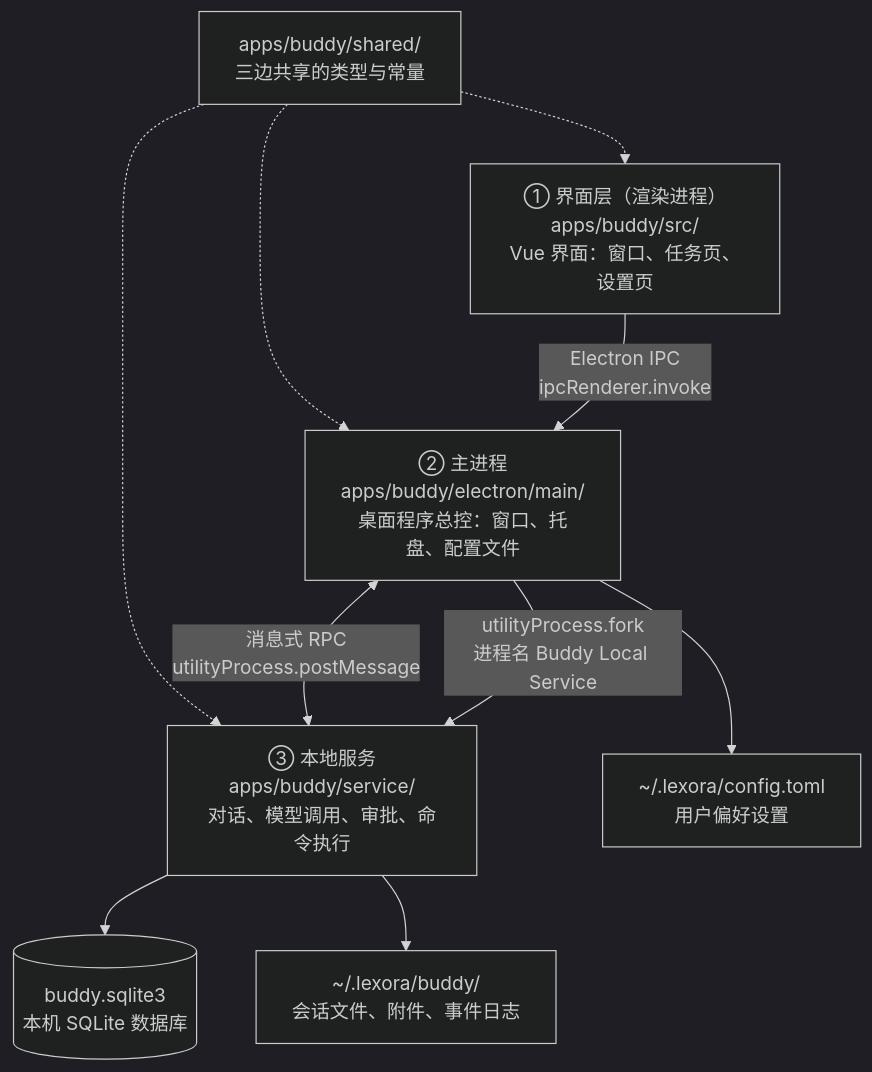
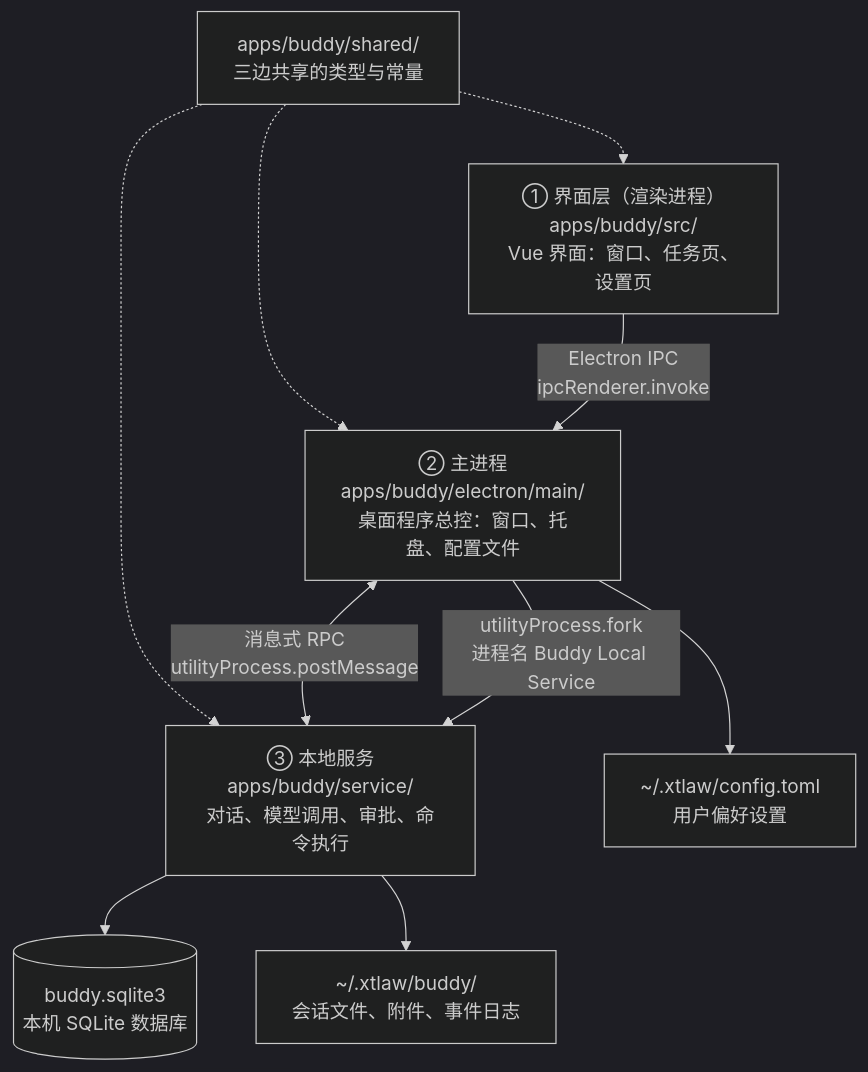
The first of 4 diagrams in docs/architecture/overview.md (QAyong/XTLaw), drawn with Mermaid (dark theme) before and after one commit. The commit also changed other lines of this file and 49 other files, not shown here.

````diff
--- a/docs/architecture/overview.md
+++ b/docs/architecture/overview.md
@@ -19,20 +19,20 @@
 ```mermaid
 graph TD
     A["① 界面层（渲染进程）<br/>apps/buddy/src/<br/>Vue 界面：窗口、任务页、设置页"]
     B["② 主进程<br/>apps/buddy/electron/main/<br/>桌面程序总控：窗口、托盘、配置文件"]
     C["③ 本地服务<br/>apps/buddy/service/<br/>对话、模型调用、审批、命令执行"]
     D[("buddy.sqlite3<br/>本机 SQLite 数据库")]
-    E["~/.lexora/buddy/<br/>会话文件、附件、事件日志"]
-    F["~/.lexora/config.toml<br/>用户偏好设置"]
+    E["~/.xtlaw/buddy/<br/>会话文件、附件、事件日志"]
+    F["~/.xtlaw/config.toml<br/>用户偏好设置"]
     S["apps/buddy/shared/<br/>三边共享的类型与常量"]
 
     A -->|"Electron IPC<br/>ipcRenderer.invoke"| B
     B -->|"utilityProcess.fork<br/>进程名 Buddy Local Service"| C
     B <-->|"消息式 RPC<br/>utilityProcess.postMessage"| C
     C --> D
     C --> E
     B --> F
     S -.-> A
     S -.-> B
     S -.-> C
 ```
````
